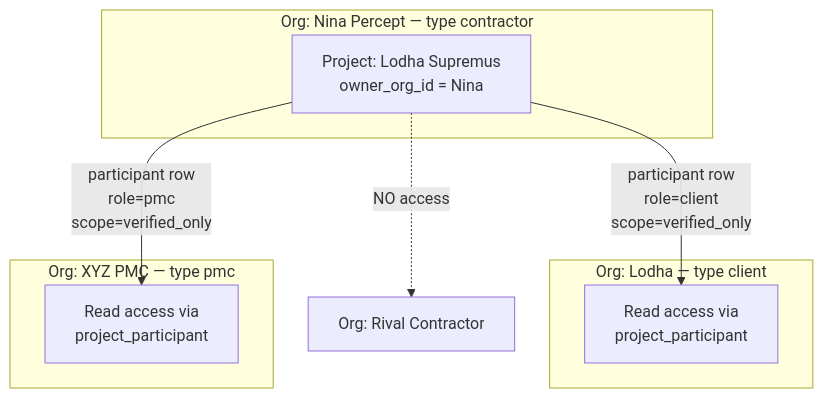
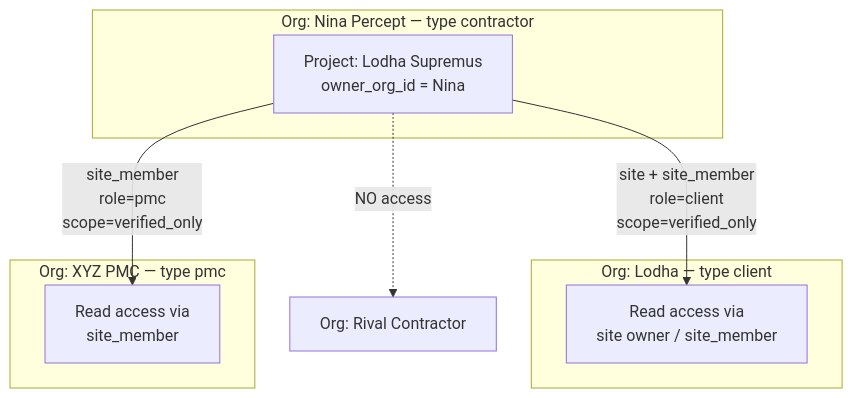
One commit to Adya6714/EquiContracts changed the second of 6 diagrams in docs/architecture/project-map.md. Above: the diagram before and after it, drawn with Mermaid. The commit also changed other lines of this file and 27 other files, not shown here.

Commit message:
Site and engagement model, lock quarantine, agent foundation schema

````diff
--- a/docs/architecture/project-map.md
+++ b/docs/architecture/project-map.md
@@ -333,19 +336,19 @@
 ```mermaid
 flowchart TB
     subgraph OrgA["Org: Nina Percept — type contractor"]
         PA["Project: Lodha Supremus<br/>owner_org_id = Nina"]
     end
 
     subgraph OrgB["Org: Lodha — type client"]
-        VB["Read access via<br/>project_participant"]
+        VB["Read access via<br/>site owner / site_member"]
     end
 
     subgraph OrgC["Org: XYZ PMC — type pmc"]
-        VC["Read access via<br/>project_participant"]
+        VC["Read access via<br/>site_member"]
     end
 
-    PA -->|"participant row<br/>role=client<br/>scope=verified_only"| VB
-    PA -->|"participant row<br/>role=pmc<br/>scope=verified_only"| VC
+    PA -->|"site + site_member<br/>role=client<br/>scope=verified_only"| VB
+    PA -->|"site_member<br/>role=pmc<br/>scope=verified_only"| VC
 
     PA -.->|"NO access"| OTHER["Org: Rival Contractor"]
 ```
````
